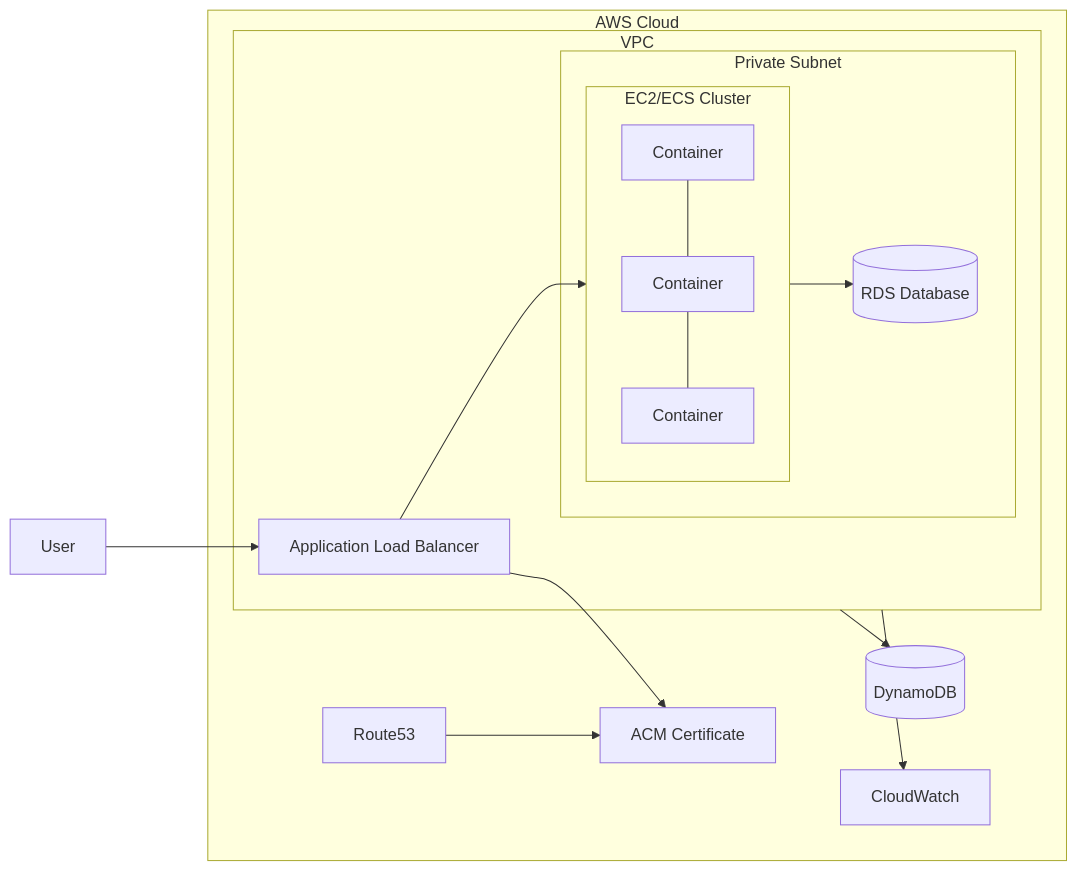
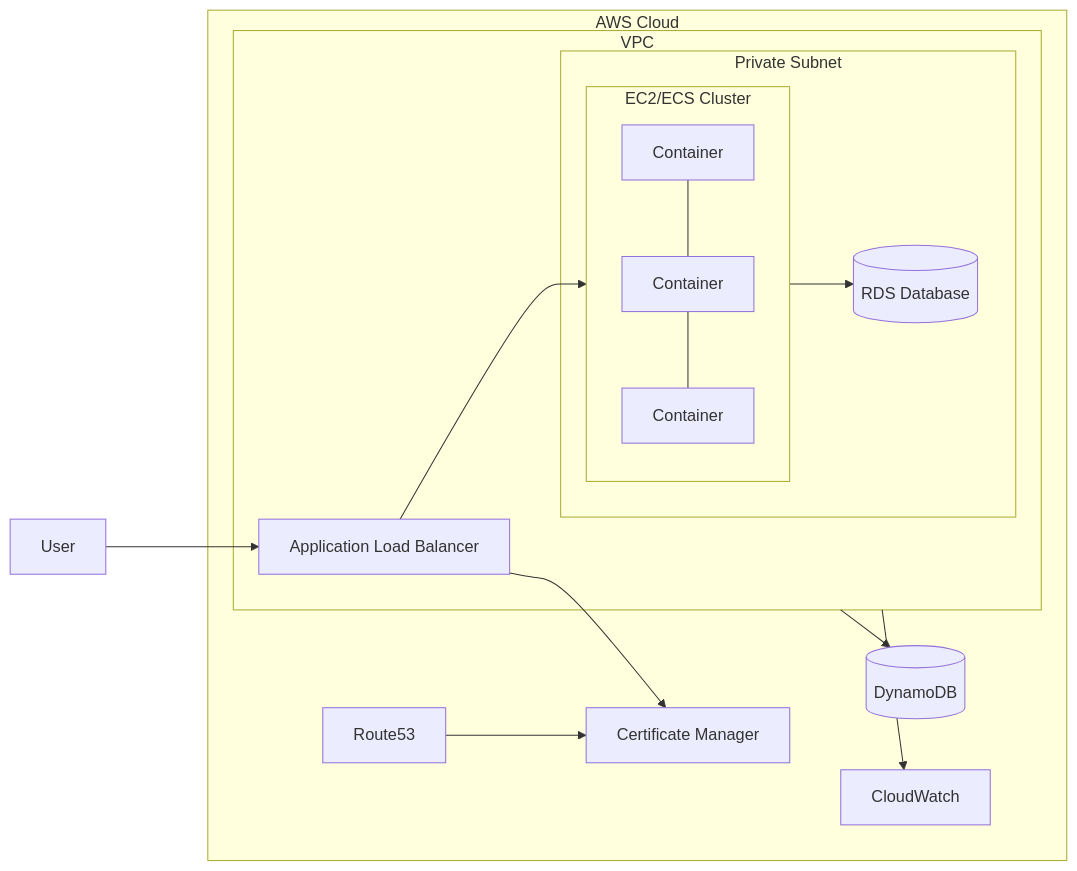
The diagram in README.md (afnx/terraform-webapp-infra), drawn with Mermaid before and after one commit. The commit also changed other lines of this file, not shown here.

````diff
--- a/README.md
+++ b/README.md
@@ -91,25 +93,25 @@
 ```mermaid
 flowchart LR
   User ---> ALB[Application Load Balancer]
 
   subgraph AWS [AWS Cloud]
-    R53[Route53] --> ACM[ACM Certificate]
+    R53[Route53] --> ACM[Certificate Manager]
     ALB --> ACM
     subgraph VPC [VPC]
 
       ALB --> ECSCluster
 
       subgraph PVS [Private Subnet]
         subgraph ECSCluster [EC2/ECS Cluster]
           CN1[Container] --- CN2[Container] --- CN3[Container]
         end
         ECSCluster --> RDS[(RDS Database)]
       end
 
     end
 
     VPC ---> DDB[(DynamoDB)]
     VPC ---> CW[CloudWatch]
   end
 
 ```
````
